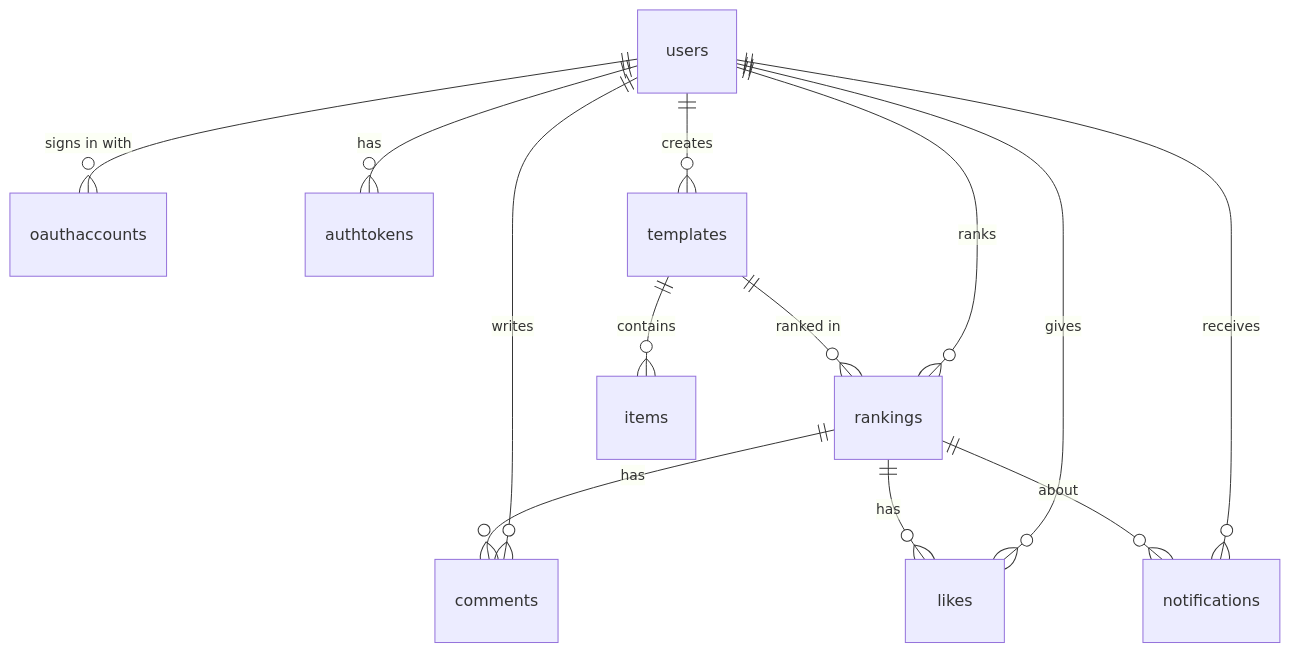
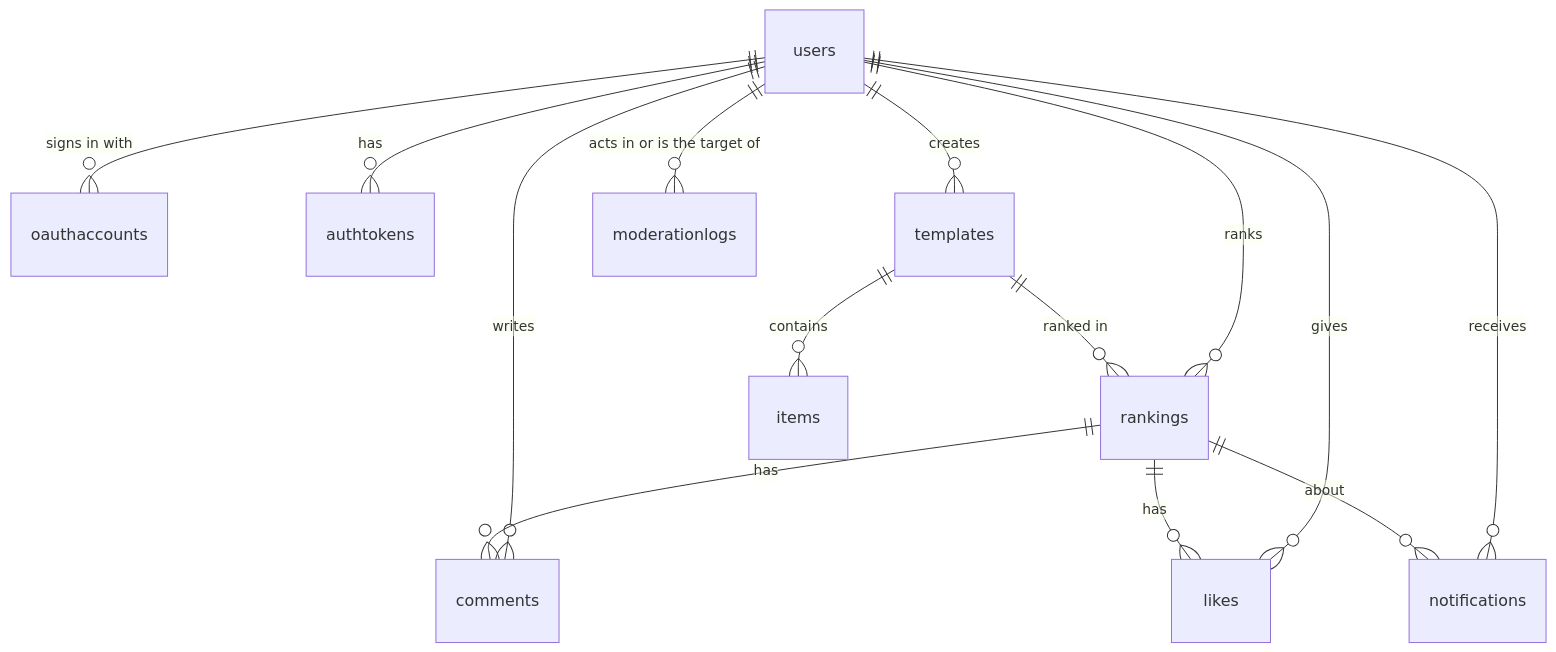
Before and after one commit to ESiegman/COP4331---MERN-App: the first of 2 diagrams in db/README.md, drawn with Mermaid. The commit also changed other lines of this file and 33 other files, not shown here.

````diff
--- a/db/README.md
+++ b/db/README.md
@@ -9,15 +9,16 @@
 ```mermaid
 erDiagram
     users ||--o{ oauthaccounts : "signs in with"
     users ||--o{ authtokens : has
     users ||--o{ templates : creates
     users ||--o{ rankings : ranks
     users ||--o{ comments : writes
     users ||--o{ likes : gives
     users ||--o{ notifications : receives
     templates ||--o{ items : contains
     templates ||--o{ rankings : "ranked in"
     rankings ||--o{ comments : has
     rankings ||--o{ likes : has
     rankings ||--o{ notifications : about
+    users ||--o{ moderationlogs : "acts in or is the target of"
 ```
````
